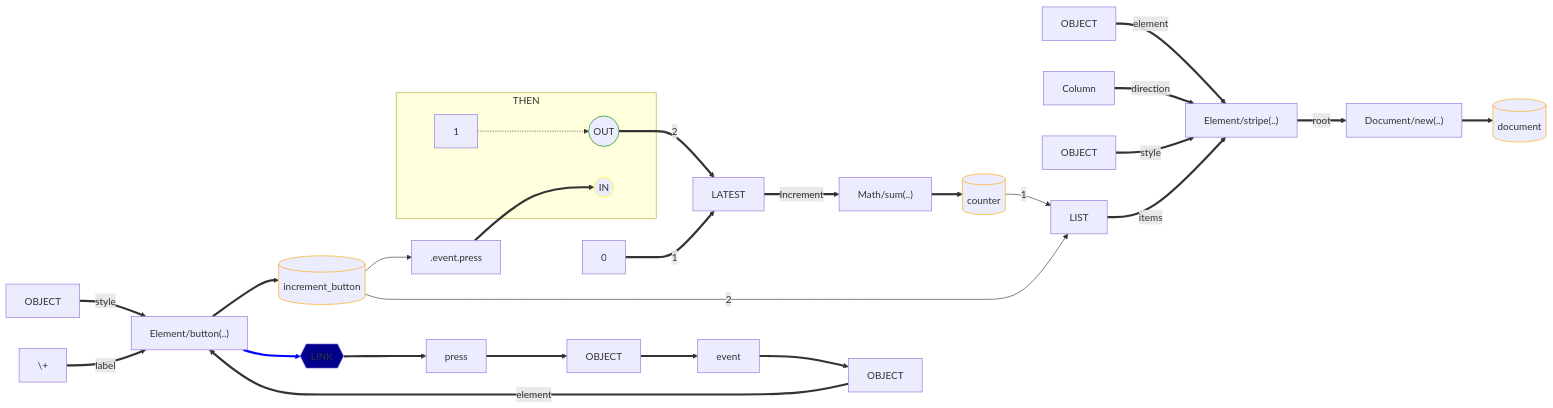
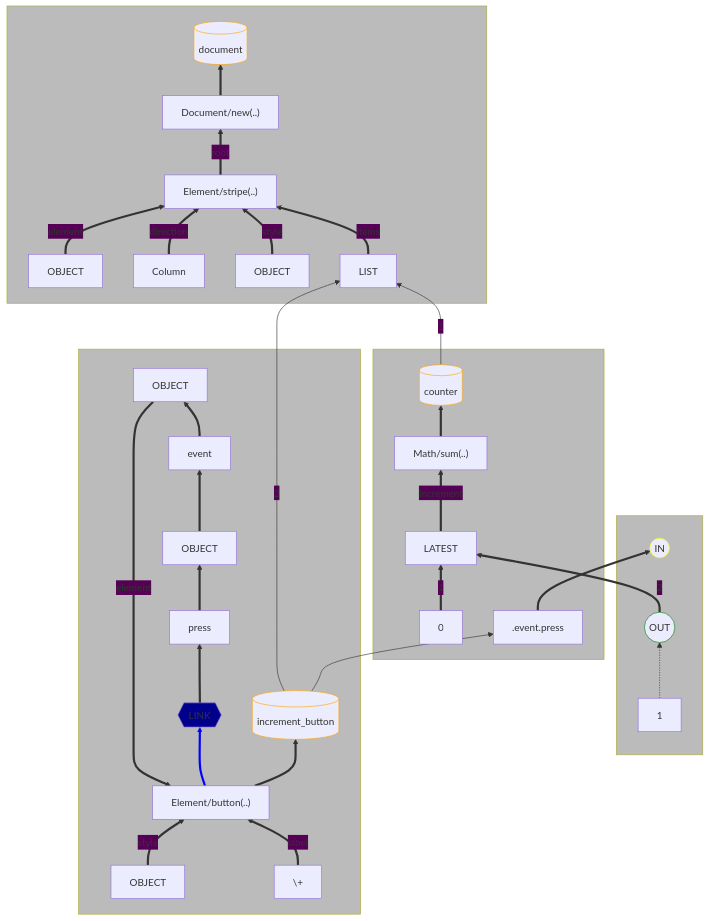
Before and after one commit to BoonLang/boon: the diagram in playground/frontend/src/examples/counter/counter_flow.md, drawn with Mermaid. The commit also changed 3 other files, not shown here.

Commit message:
Update counter flow and state diagrams

````diff
--- a/playground/frontend/src/examples/counter/counter_flow.md
+++ b/playground/frontend/src/examples/counter/counter_flow.md
@@ -1,67 +1,78 @@
 ```mermaid
-flowchart LR
+%%{init: {'themeVariables': {'clusterBkg': '#0004', 'titleColor': 'transparent', 'edgeLabelBackground': '#505'}}}%%
+flowchart BT
     classDef root_variable_class stroke:Orange
     classDef function_input_class stroke:Yellow
     classDef function_output_class stroke:Green
     classDef link_class fill:DarkBlue
 
-    VAR_document__1[("document")]:::root_variable_class
-    CALL_Document_new__2["Document/new(..)"]
-    CALL_Element_stripe__3["Element/stripe(..)"]
-    OBJ__4["OBJECT"]
-    TAG_Row__5["Column"]
-    OBJ__6["OBJECT"]
-    LIST__7["LIST"]
+    %% Document subtree
+    subgraph DocumentRoot["document"]
+        VAR_document__1[("document")]:::root_variable_class
+        CALL_Document_new__2["Document/new(..)"]
+        CALL_Element_stripe__3["Element/stripe(..)"]
+        OBJ__4["OBJECT"]
+        TAG_Row__5["Column"]
+        OBJ__6["OBJECT"]
+        LIST__7["LIST"]
 
-    VAR_counter__8[("counter")]:::root_variable_class
-    CALL_Math_sum__9["Math/sum(..)"]
-    LATEST__10["LATEST"]
-    NUM_0__11["0"]
-    GET_increment_button.event.press__12[".event.press"]
+        CALL_Document_new__2 ==> VAR_document__1
+        CALL_Element_stripe__3 ==> |"root"| CALL_Document_new__2
+        OBJ__4 ==> |"element"| CALL_Element_stripe__3
+        TAG_Row__5 ==> |"direction"| CALL_Element_stripe__3
+        OBJ__6 ==> |"style"| CALL_Element_stripe__3
+        LIST__7 ==> |"items"| CALL_Element_stripe__3
+    end
 
+    %% Counter subtree
+    subgraph CounterRoot["counter"]
+        VAR_counter__8[("counter")]:::root_variable_class
+        CALL_Math_sum__9["Math/sum(..)"]
+        LATEST__10["LATEST"]
+        NUM_0__11["0"]
+        GET_increment_button_event_press__12[".event.press"]
+
+        VAR_counter__8 --> |"1"| LIST__7
+        CALL_Math_sum__9 ==> VAR_counter__8
+        LATEST__10 ==> |"Increment"| CALL_Math_sum__9
+        NUM_0__11 ==> |"1"| LATEST__10
+    end
+
+    %% THEN subtree inside counter logic
     subgraph THEN__13["THEN"]
         THEN_IN__14(("IN")):::function_input_class
         NUM_1__15["1"]
         THEN_OUT__16(("OUT")):::function_output_class
 
         NUM_1__15 .-> THEN_OUT__16
+        GET_increment_button_event_press__12 ==> THEN_IN__14
+        THEN_OUT__16 ==> |"2"| LATEST__10
     end
 
-    VAR_increment_button__17[("increment_button")]:::root_variable_class
-    CALL_Element_button__18["Element/button(..)"]
-    OBJECT__19["OBJECT"]
-    VAR_event__20["event"]
-    OBJECT__21["OBJECT"]
-    VAR_press__22["press"]
-    LIN__23{{"LINK"}}:::link_class
-    OBJECT__24["OBJECT"]
-    TXT_plus__25["\+"]
+    %% Increment button subtree
+    subgraph IncrementButtonRoot["increment_button"]
+        VAR_increment_button__17[("increment_button")]:::root_variable_class
+        CALL_Element_button__18["Element/button(..)"]
+        OBJECT__19["OBJECT"]
+        VAR_event__20["event"]
+        OBJECT__21["OBJECT"]
+        VAR_press__22["press"]
+        LIN__23{{"LINK"}}:::link_class
+        OBJECT__24["OBJECT"]
+        TXT_plus__25["\+"]
 
-    CALL_Document_new__2 ==> VAR_document__1
-    CALL_Element_stripe__3 ==> |"root"| CALL_Document_new__2
-    OBJ__4 ==> |"element"| CALL_Element_stripe__3
-    TAG_Row__5 ==> |"direction"| CALL_Element_stripe__3
-    OBJ__6 ==> |"style"| CALL_Element_stripe__3
-    LIST__7 ==> |"items"| CALL_Element_stripe__3
-
-    VAR_counter__8 --> |"1"| LIST__7
-    CALL_Math_sum__9 ==> VAR_counter__8
-    LATEST__10 ==> |"Increment"| CALL_Math_sum__9
-    NUM_0__11 ==> |"1"| LATEST__10
-    THEN_OUT__16 ==> |"2"| LATEST__10
-
-    GET_increment_button.event.press__12 ==> THEN_IN__14
-    VAR_increment_button__17 --> GET_increment_button.event.press__12
-    VAR_increment_button__17 --> |"2"| LIST__7
-    CALL_Element_button__18 ==> VAR_increment_button__17
-    CALL_Element_button__18 ==> LIN__23
-    OBJECT__19 ==> |"element"| CALL_Element_button__18
-    VAR_event__20 ==> OBJECT__19
-    OBJECT__21 ==> VAR_event__20
-    VAR_press__22 ==> OBJECT__21
-    LIN__23 ==> VAR_press__22
-    OBJECT__24 ==> |"style"| CALL_Element_button__18
-    TXT_plus__25 ==> |"label"| CALL_Element_button__18
+        VAR_increment_button__17 --> GET_increment_button_event_press__12
+        VAR_increment_button__17 --> |"2"| LIST__7
+        CALL_Element_button__18 ==> VAR_increment_button__17
+        CALL_Element_button__18 ==> LIN__23
+        OBJECT__19 ==> |"element"| CALL_Element_button__18
+        VAR_event__20 ==> OBJECT__19
+        OBJECT__21 ==> VAR_event__20
+        VAR_press__22 ==> OBJECT__21
+        LIN__23 ==> VAR_press__22
+        OBJECT__24 ==> |"style"| CALL_Element_button__18
+        TXT_plus__25 ==> |"label"| CALL_Element_button__18
+    end
 
     linkStyle 16 stroke:Blue;
 ```
````
